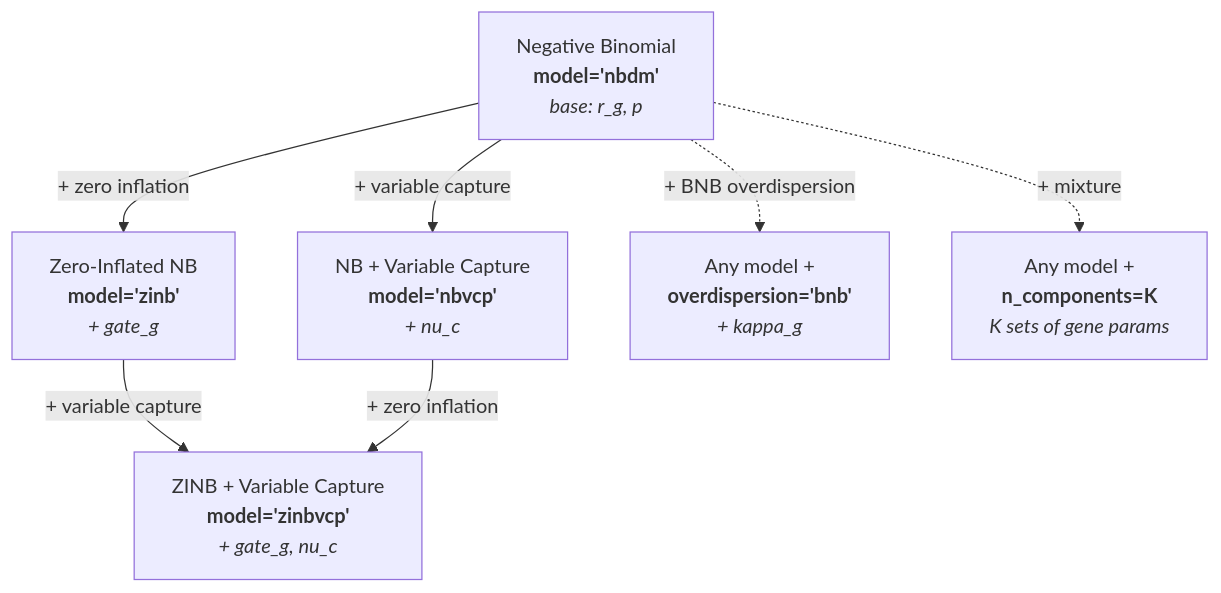
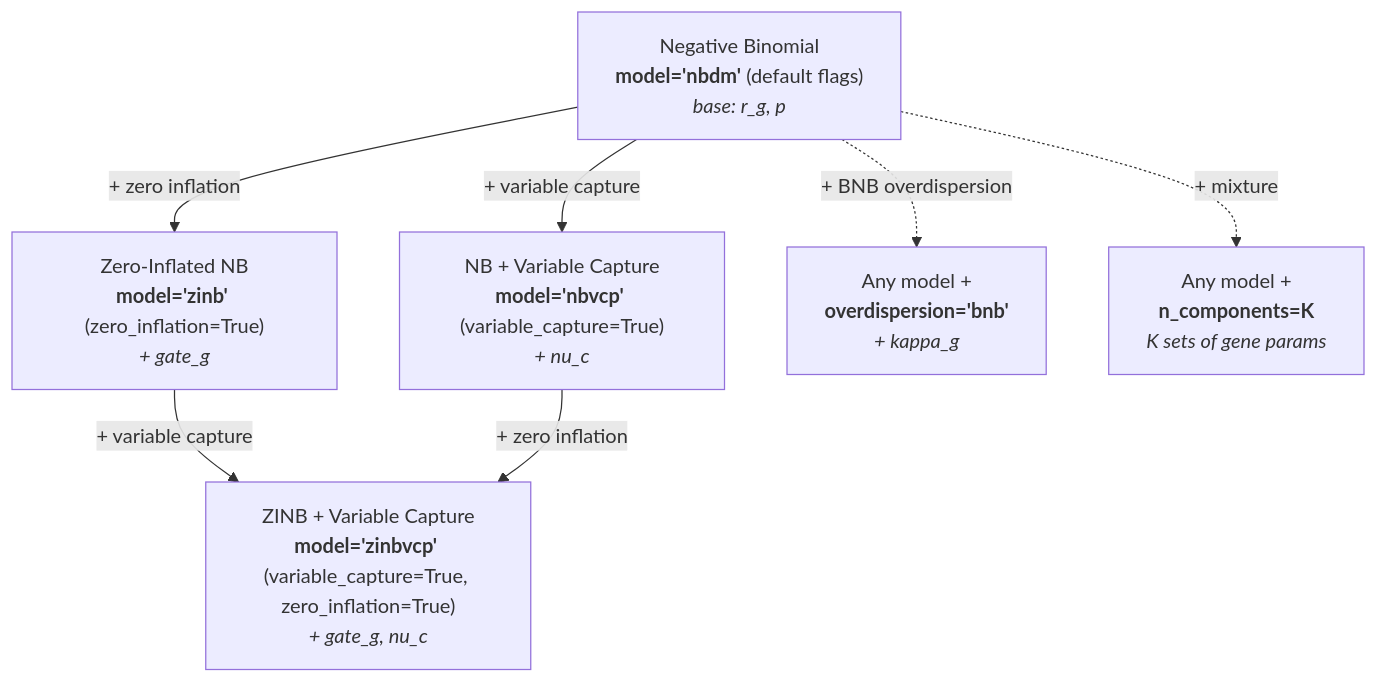
One commit to mrazomej/scribe changed the first of 2 diagrams in docs/guide/model-selection.md. Above: the diagram before and after it, drawn with Mermaid. The commit also changed other lines of this file and 15 other files, not shown here.

````diff
--- a/docs/guide/model-selection.md
+++ b/docs/guide/model-selection.md
@@ -41,15 +49,15 @@
 ```mermaid
 graph TD
-    NB["Negative Binomial<br/><b>model='nbdm'</b><br/><i>base: r_g, p</i>"]
-    ZINB["Zero-Inflated NB<br/><b>model='zinb'</b><br/><i>+ gate_g</i>"]
-    NBVCP["NB + Variable Capture<br/><b>model='nbvcp'</b><br/><i>+ nu_c</i>"]
-    ZINBVCP["ZINB + Variable Capture<br/><b>model='zinbvcp'</b><br/><i>+ gate_g, nu_c</i>"]
+    NB["Negative Binomial<br/><b>model='nbdm'</b> (default flags)<br/><i>base: r_g, p</i>"]
+    ZINB["Zero-Inflated NB<br/><b>model='zinb'</b> (zero_inflation=True)<br/><i>+ gate_g</i>"]
+    NBVCP["NB + Variable Capture<br/><b>model='nbvcp'</b> (variable_capture=True)<br/><i>+ nu_c</i>"]
+    ZINBVCP["ZINB + Variable Capture<br/><b>model='zinbvcp'</b> (variable_capture=True, zero_inflation=True)<br/><i>+ gate_g, nu_c</i>"]
 
     NB -->|"+ zero inflation"| ZINB
     NB -->|"+ variable capture"| NBVCP
     ZINB -->|"+ variable capture"| ZINBVCP
     NBVCP -->|"+ zero inflation"| ZINBVCP
 
     NB -.->|"+ BNB overdispersion"| BNB["Any model +<br/><b>overdispersion='bnb'</b><br/><i>+ kappa_g</i>"]
     NB -.->|"+ mixture"| MIX["Any model +<br/><b>n_components=K</b><br/><i>K sets of gene params</i>"]
 ```
````
